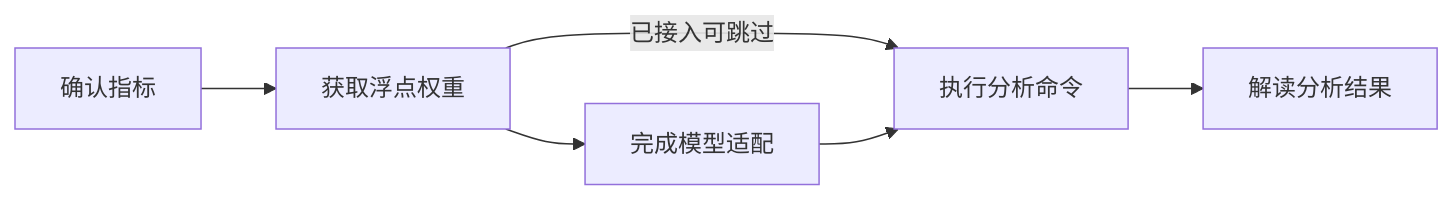
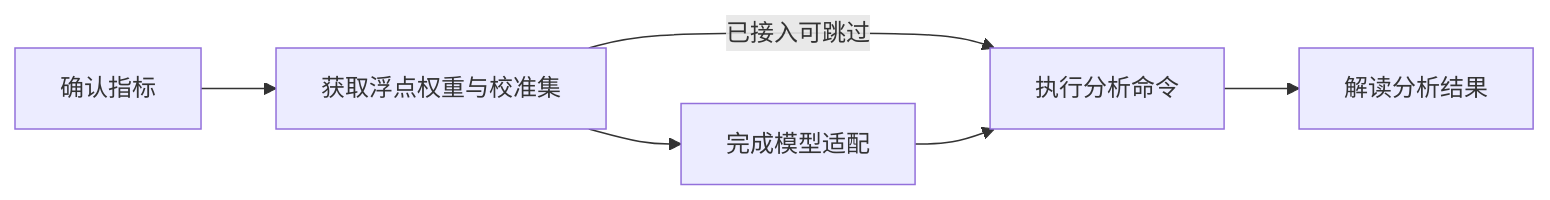
Before and after one commit to mindstudio-docs/master: the diagram in msmodelslim/docs/zh/user_guide/usage_sensitive_linear_analysis.md, drawn with Mermaid. The commit also changed other lines of this file and 35 other files, not shown here.

````diff
--- a/msmodelslim/docs/zh/user_guide/usage_sensitive_linear_analysis.md
+++ b/msmodelslim/docs/zh/user_guide/usage_sensitive_linear_analysis.md
@@ -47,8 +47,8 @@
 ```mermaid
 flowchart LR
-  scene[确认指标] --> weight[获取浮点权重]
-  weight --> adapt[完成模型适配]
-  weight -->|已接入可跳过| run[执行分析命令]
+  scene[确认指标] --> prepare[获取浮点权重与校准集]
+  prepare --> adapt[完成模型适配]
+  prepare -->|已接入可跳过| run[执行分析命令]
   adapt --> run
   run --> result[解读分析结果]
 ```
````
